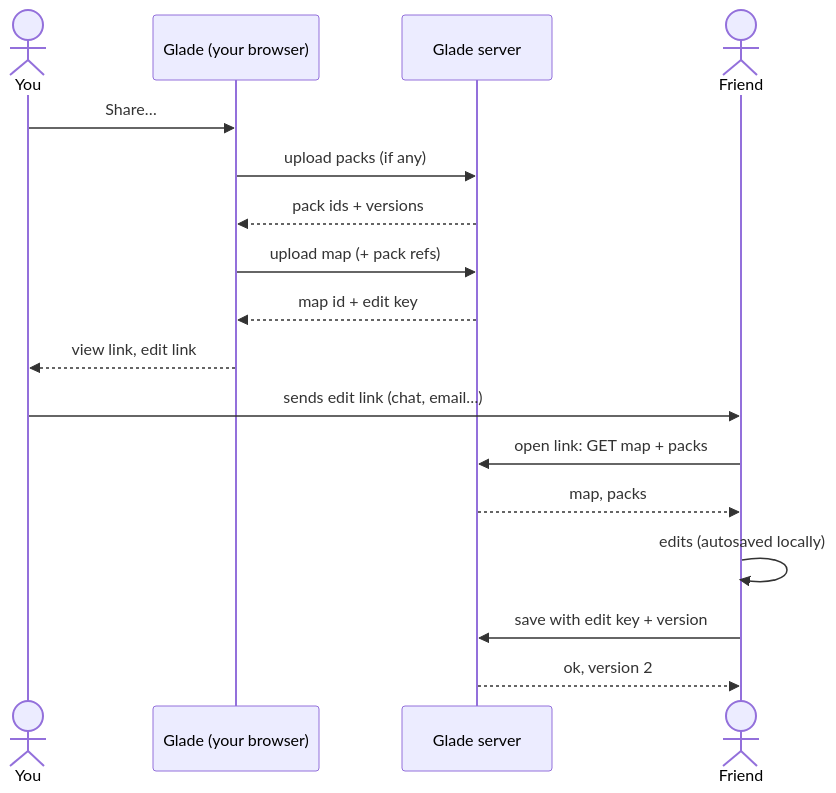
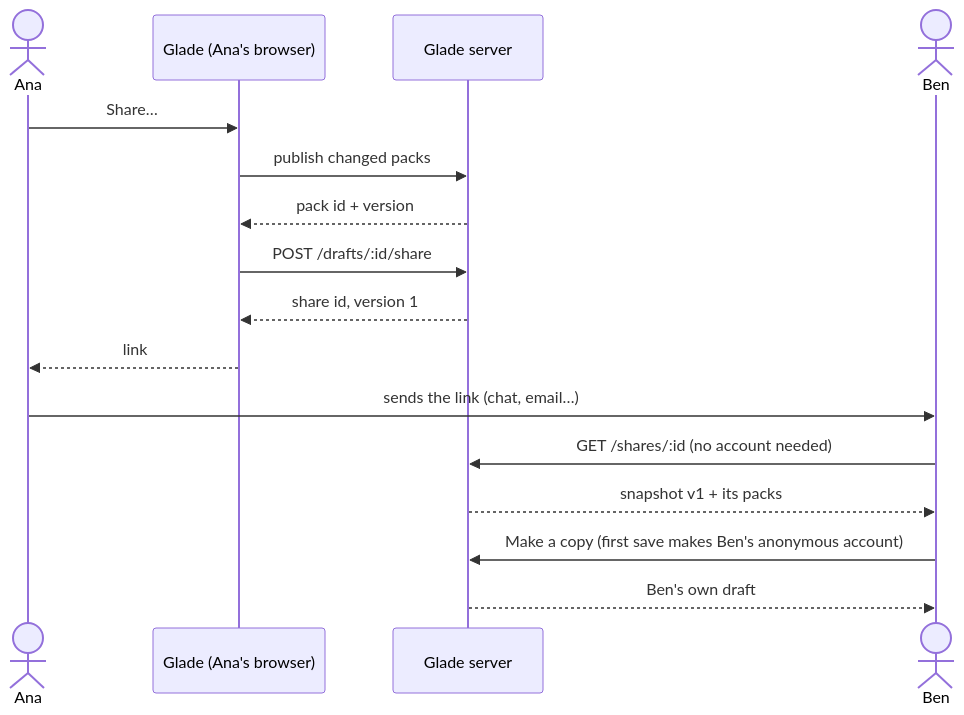
The third of 3 diagrams in docs/server/sharing.md (UmushiUmushi/Glade), drawn with Mermaid before and after one commit. The commit also changed other lines of this file and 12 other files, not shown here.

````diff
--- a/docs/server/sharing.md
+++ b/docs/server/sharing.md
@@ -38,19 +110,18 @@
 ```mermaid
 sequenceDiagram
-    actor A as You
-    participant G as Glade (your browser)
+    actor A as Ana
+    participant G as Glade (Ana's browser)
     participant S as Glade server
-    actor B as Friend
+    actor B as Ben
     A->>G: Share…
-    G->>S: upload packs (if any)
-    S-->>G: pack ids + versions
-    G->>S: upload map (+ pack refs)
-    S-->>G: map id + edit key
-    G-->>A: view link, edit link
-    A->>B: sends edit link (chat, email…)
-    B->>S: open link: GET map + packs
-    S-->>B: map, packs
-    B->>B: edits (autosaved locally)
-    B->>S: save with edit key + version
-    S-->>B: ok, version 2
+    G->>S: publish changed packs
+    S-->>G: pack id + version
+    G->>S: POST /drafts/:id/share
+    S-->>G: share id, version 1
+    G-->>A: link
+    A->>B: sends the link (chat, email…)
+    B->>S: GET /shares/:id (no account needed)
+    S-->>B: snapshot v1 + its packs
+    B->>S: Make a copy (first save makes Ben's anonymous account)
+    S-->>B: Ben's own draft
 ```
````
